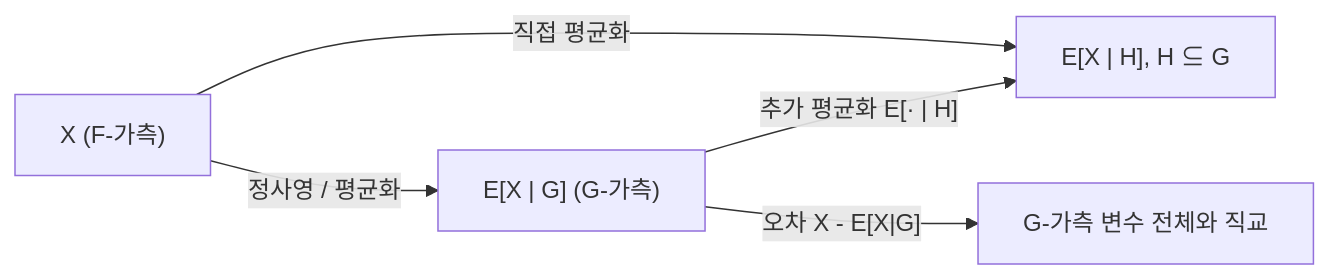
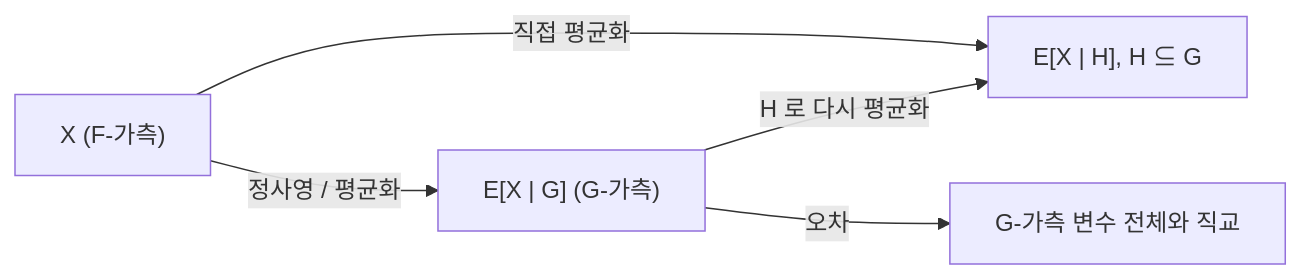
The diagram in docs/conditional-expectation.md (Phryxia/math-map), drawn with Mermaid before and after one commit. The commit also changed 2 other files, not shown here.

Commit message:
write the mermaid edge labels in conditional-expectation, p-adic-numbers and waldspurger-formula without pipes; mermaid reads a pipe inside a label as the label end
Claude-Session: https://claude.ai/code/session_01UhADMt4KPiVUWGAQcHXZqf

````diff
--- a/docs/conditional-expectation.md
+++ b/docs/conditional-expectation.md
@@ -29,7 +29,7 @@
 ```mermaid
 graph LR
   X["X (F-가측)"] -->|"정사영 / 평균화"| CE["E[X | G] (G-가측)"]
-  CE -->|"추가 평균화 E[· | H]"| CE2["E[X | H], H ⊆ G"]
+  CE -->|"H 로 다시 평균화"| CE2["E[X | H], H ⊆ G"]
   X -->|"직접 평균화"| CE2
-  CE -->|"오차 X - E[X|G]"| ORT["G-가측 변수 전체와 직교"]
+  CE -->|"오차"| ORT["G-가측 변수 전체와 직교"]
 ```
````
